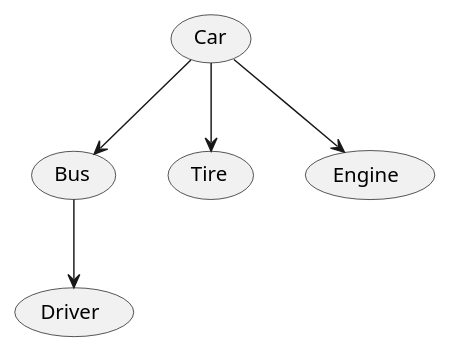
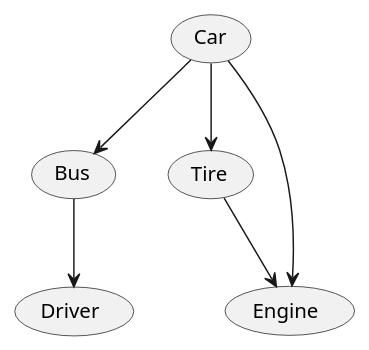
One commit to thorgits/Image changed the diagram in report/leg.puml. Above: the diagram before and after it, drawn with PlantUML.

```diff
--- a/report/leg.puml
+++ b/report/leg.puml
@@ -1,6 +1,5 @@
-@startuml
 (Car)-->(Bus)
 (Car)-->(Tire)
+(Tire)-->(Engine)
 (Car)-->(Engine)
 (Bus)-->(Driver)
-@enduml
```
